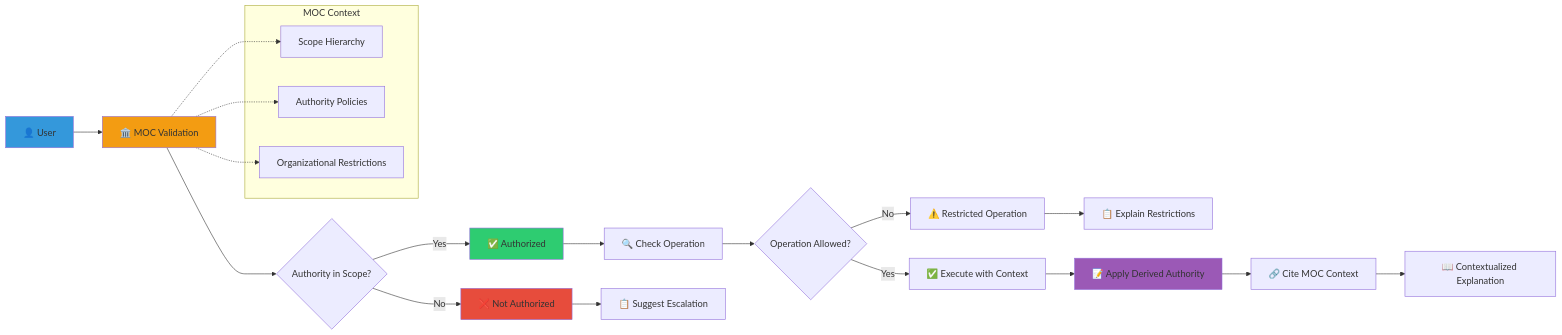
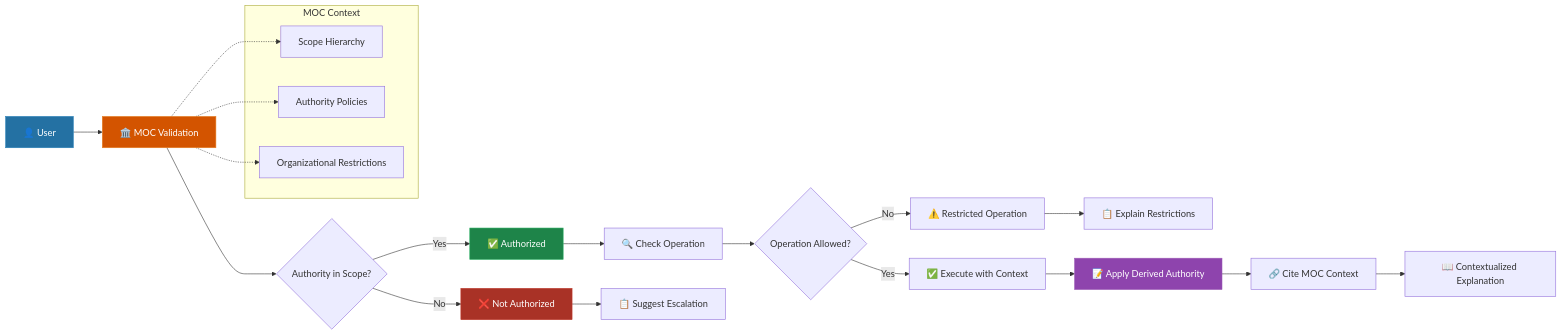
Before and after one commit to casheiro/matrix-protocol: the third of 4 diagrams in content/en/docs/manual/tools/explainability.md, drawn with Mermaid. The commit also changed other lines of this file and 36 other files, not shown here.

````diff
--- a/content/en/docs/manual/tools/explainability.md
+++ b/content/en/docs/manual/tools/explainability.md
@@ -536,37 +538,38 @@
 ```mermaid
 graph LR
     A[👤 User] --> B[🏛️ MOC Validation]
     
     B --> C{Authority in Scope?}
     C -->|Yes| D[✅ Authorized]
     C -->|No| E[❌ Not Authorized]
     
     D --> F[🔍 Check Operation]
     F --> G{Operation Allowed?}
     
     G -->|Yes| H[✅ Execute with Context]
     G -->|No| I[⚠️ Restricted Operation]
     
     E --> J[📋 Suggest Escalation]
     I --> K[📋 Explain Restrictions]
     
     H --> L[📝 Apply Derived Authority]
     L --> M[🔗 Cite MOC Context]
     M --> N[📖 Contextualized Explanation]
     
     subgraph "MOC Context"
         MOC1[Scope Hierarchy]
         MOC2[Authority Policies]
         MOC3[Organizational Restrictions]
     end
     
     B -.-> MOC1
     B -.-> MOC2
     B -.-> MOC3
     
-    style A fill:#3498db
-    style B fill:#f39c12
-    style D fill:#2ecc71
-    style E fill:#e74c3c
-    style L fill:#9b59b6
+    %% Hierarchical explanation - Access levels
+    style A fill:#2471A3,stroke:#2980B9,color:#fff
+    style B fill:#D35400,stroke:#E67E22,color:#fff
+    style D fill:#1E8449,stroke:#27AE60,color:#fff
+    style E fill:#A93226,stroke:#C0392B,color:#fff
+    style L fill:#8E44AD,stroke:#9B59B6,color:#fff
 ```
````
